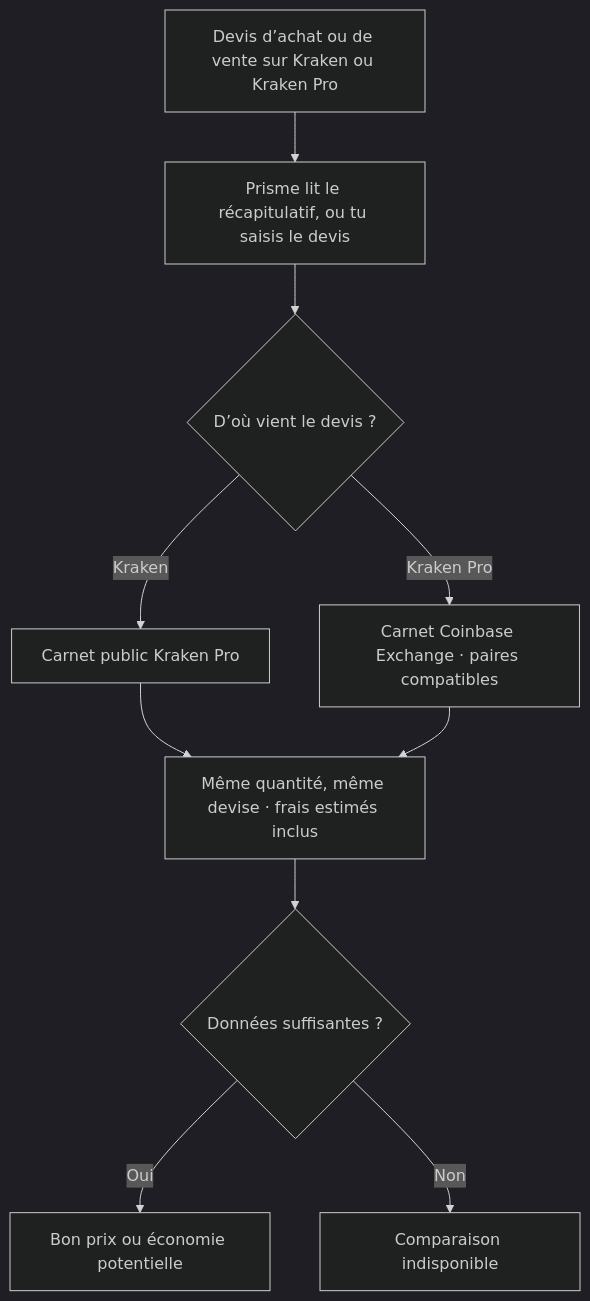
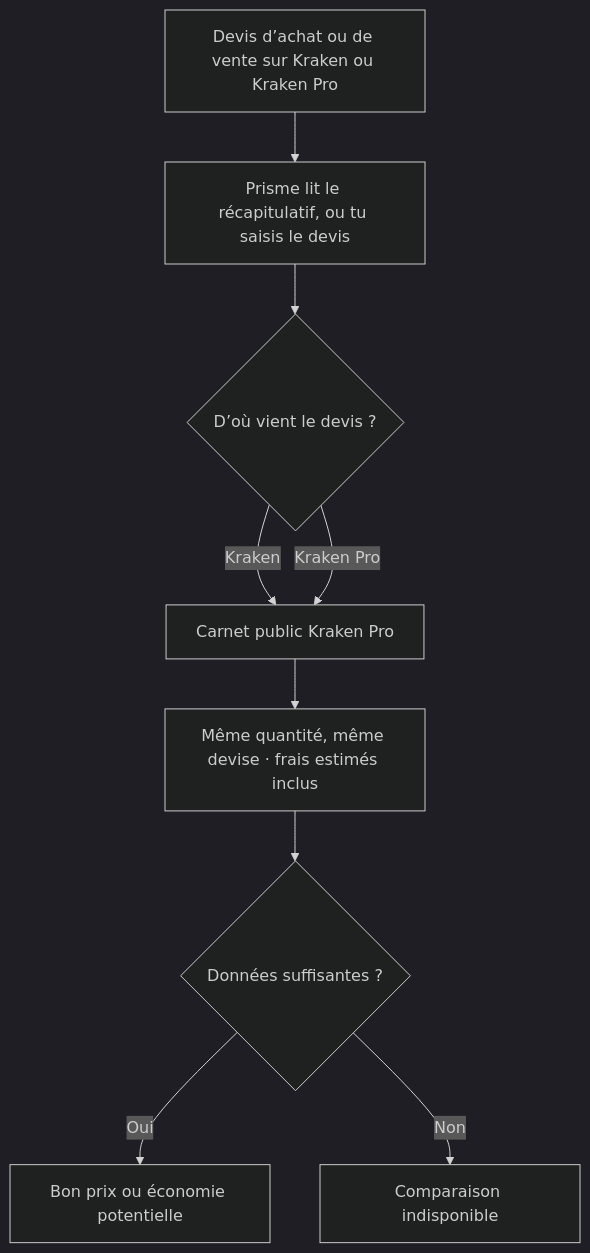
Before and after one commit to nouvellealex-alt/prisme: the diagram in README.md, drawn with Mermaid (dark theme). The commit also changed other lines of this file and 10 other files, not shown here.

````diff
--- a/README.md
+++ b/README.md
@@ -9,12 +9,11 @@
 ```mermaid
 flowchart TD
     A["Devis d’achat ou de vente sur Kraken ou Kraken Pro"] --> B["Prisme lit le récapitulatif, ou tu saisis le devis"]
     B --> C{"D’où vient le devis ?"}
     C -->|Kraken| D["Carnet public Kraken Pro"]
-    C -->|Kraken Pro| E["Carnet Coinbase Exchange · paires compatibles"]
+    C -->|Kraken Pro| D
     D --> F["Même quantité, même devise · frais estimés inclus"]
-    E --> F
     F --> G{"Données suffisantes ?"}
     G -->|Oui| H["Bon prix ou économie potentielle"]
     G -->|Non| I["Comparaison indisponible"]
 ```
````
